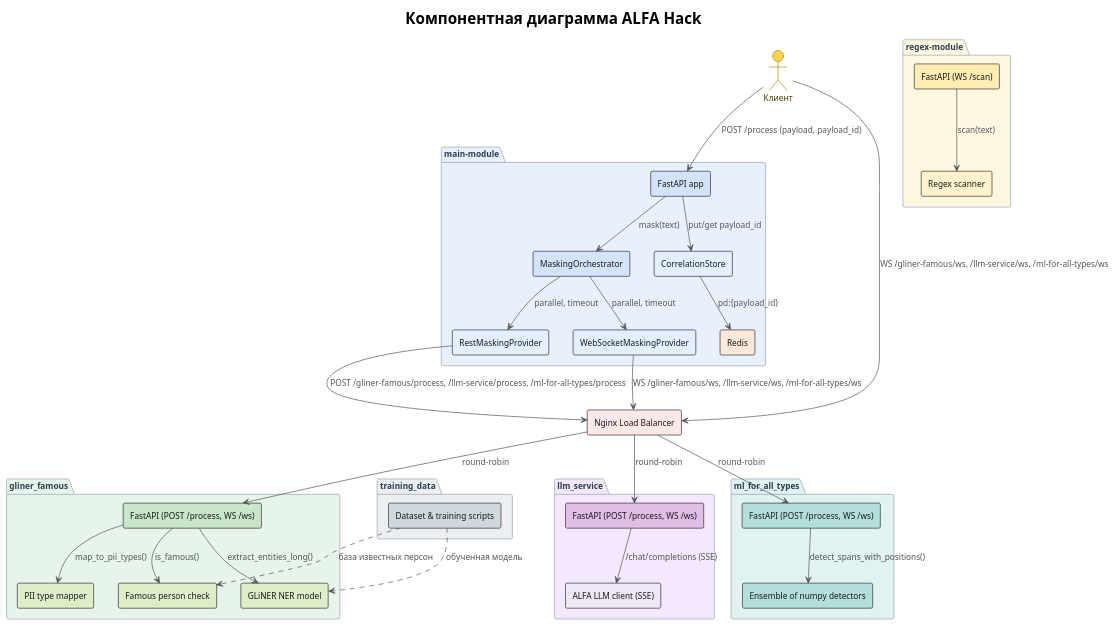
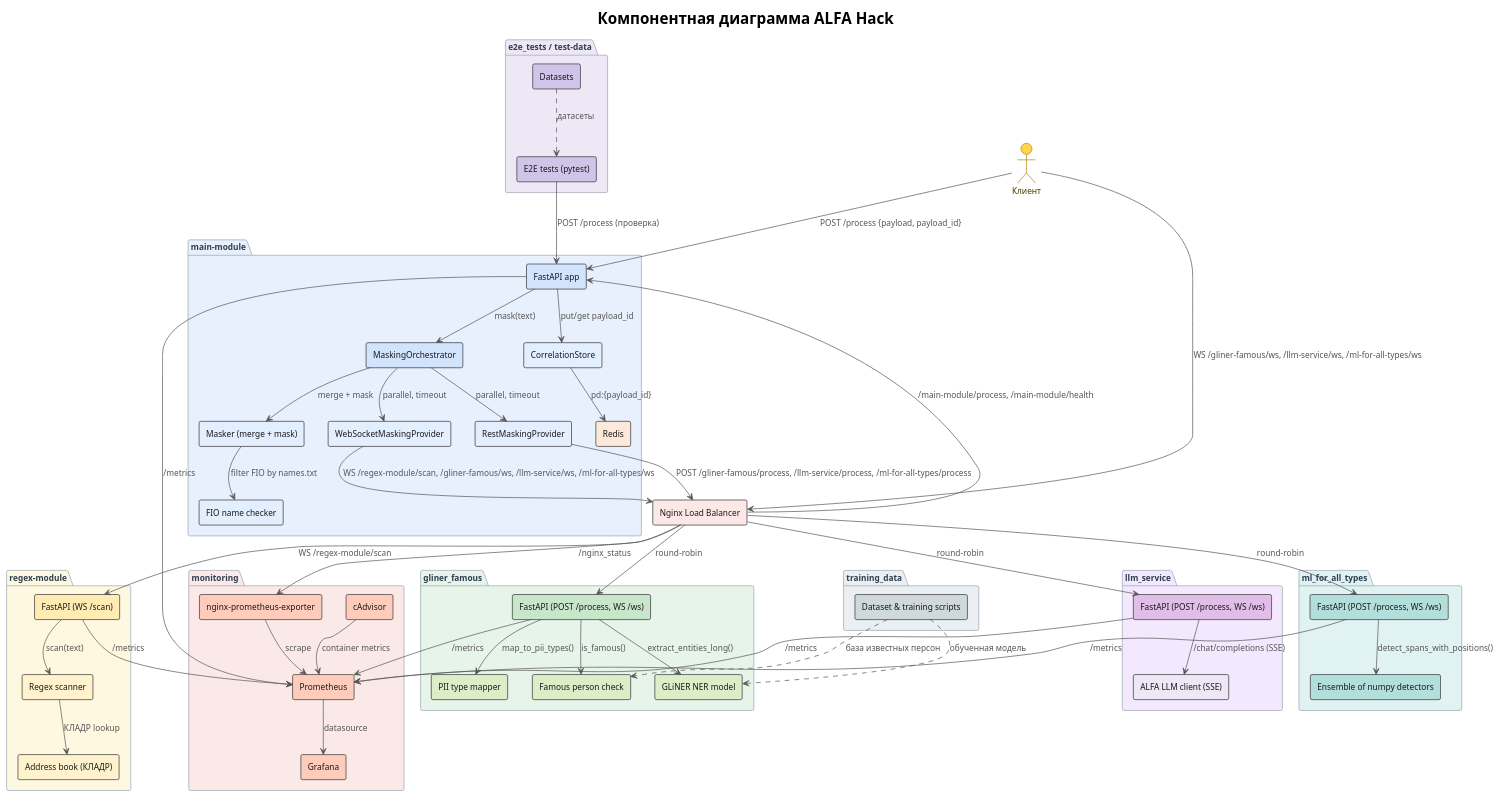
The diagram in docs/component.puml (FightingFox/alfa_hack), drawn with PlantUML before and after one commit. The commit also changed 45 other files, not shown here.

```diff
--- a/docs/component.puml
+++ b/docs/component.puml
@@ -1,104 +1,139 @@
 @startuml component
 !theme plain
 title Компонентная диаграмма ALFA Hack
 
 skinparam componentStyle rectangle
 skinparam shadowing false
 skinparam defaultFontName "Helvetica"
 skinparam defaultFontSize 12
 skinparam component {
     BackgroundColor #FFFFFF
     BorderColor #333333
     FontColor #1A1A1A
     ArrowColor #555555
 }
 skinparam actor {
     BackgroundColor #FFD54F
     BorderColor #B8860B
     FontColor #4A3B00
 }
 skinparam package {
     BackgroundColor #F5F7FA
     BorderColor #9AA5B1
     FontColor #2C3E50
 }
 skinparam arrow {
     Color #555555
     FontColor #555555
 }
 
 ' ===== Внешние акторы =====
 actor "Клиент" as Client
 
 ' ===== main-module =====
 package "main-module" #E8F0FE {
     component "FastAPI app" as MainApp #D2E3FC
     component "MaskingOrchestrator" as Orchestrator #D2E3FC
     component "RestMaskingProvider" as RestProvider #E3EEFF
     component "WebSocketMaskingProvider" as WsProvider #E3EEFF
+    component "Masker (merge + mask)" as Masker #E3EEFF
+    component "FIO name checker" as NameCheck #E3EEFF
     component "CorrelationStore" as Store #E3EEFF
     component "Redis" as Redis #FDE9D9
 }
 
 ' ===== load_balanser =====
 component "Nginx Load Balancer" as LB #FCE8E6
+
+' ===== regex-module =====
+package "regex-module" #FFF8E1 {
+    component "FastAPI (WS /scan)" as RegexApi #FFECB3
+    component "Regex scanner" as RegexScan #FFF3CD
+    component "Address book (КЛАДР)" as AddressBook #FFF3CD
+}
 
 ' ===== gliner_famous =====
 package "gliner_famous" #E6F4EA {
     component "FastAPI (POST /process, WS /ws)" as GlinerApi #C8E6C9
     component "GLiNER NER model" as GlinerModel #DCEDC8
     component "PII type mapper" as PiiMapper #DCEDC8
     component "Famous person check" as FamousCheck #DCEDC8
 }
 
 ' ===== llm_service =====
 package "llm_service" #F3E8FD {
     component "FastAPI (POST /process, WS /ws)" as LlmApi #E1BEE7
     component "ALFA LLM client (SSE)" as LlmClient #EDE7F6
 }
 
 ' ===== ml_for_all_types =====
 package "ml_for_all_types" #E0F2F1 {
     component "FastAPI (POST /process, WS /ws)" as MlApi #B2DFDB
     component "Ensemble of numpy detectors" as MlEnsemble #B2DFDB
 }
 
-' ===== regex-module =====
-package "regex-module" #FFF8E1 {
-    component "FastAPI (WS /scan)" as RegexApi #FFECB3
-    component "Regex scanner" as RegexScan #FFF3CD
+' ===== monitoring =====
+package "monitoring" #FBE9E7 {
+    component "Prometheus" as Prom #FFCCBC
+    component "Grafana" as Grafana #FFCCBC
+    component "cAdvisor" as Cadvisor #FFCCBC
+    component "nginx-prometheus-exporter" as NginxExp #FFCCBC
 }
 
 ' ===== training_data =====
 package "training_data" #ECEFF1 {
     component "Dataset & training scripts" as Training #CFD8DC
 }
 
+' ===== e2e_tests / test-data =====
+package "e2e_tests / test-data" #EDE7F6 {
+    component "E2E tests (pytest)" as E2E #D1C4E9
+    component "Datasets" as TestData #D1C4E9
+}
+
 ' ===== Связи =====
-Client --> MainApp : POST /process (payload, payload_id)
+Client --> MainApp : POST /process {payload, payload_id}
 Client --> LB : WS /gliner-famous/ws, /llm-service/ws, /ml-for-all-types/ws
 
 MainApp --> Orchestrator : mask(text)
 Orchestrator --> RestProvider : parallel, timeout
 Orchestrator --> WsProvider : parallel, timeout
 RestProvider --> LB : POST /gliner-famous/process, /llm-service/process, /ml-for-all-types/process
-WsProvider --> LB : WS /gliner-famous/ws, /llm-service/ws, /ml-for-all-types/ws
+WsProvider --> LB : WS /regex-module/scan, /gliner-famous/ws, /llm-service/ws, /ml-for-all-types/ws
+Orchestrator --> Masker : merge + mask
+Masker --> NameCheck : filter FIO by names.txt
 MainApp --> Store : put/get payload_id
 Store --> Redis : pd:{payload_id}
 
+LB --> RegexApi : WS /regex-module/scan
 LB --> GlinerApi : round-robin
 LB --> LlmApi : round-robin
 LB --> MlApi : round-robin
+LB --> MainApp : /main-module/process, /main-module/health
 
+RegexApi --> RegexScan : scan(text)
+RegexScan --> AddressBook : КЛАДР lookup
 GlinerApi --> GlinerModel : extract_entities_long()
 GlinerApi --> PiiMapper : map_to_pii_types()
 GlinerApi --> FamousCheck : is_famous()
 LlmApi --> LlmClient : /chat/completions (SSE)
 MlApi --> MlEnsemble : detect_spans_with_positions()
 
-RegexApi --> RegexScan : scan(text)
+' ===== Мониторинг =====
+MainApp --> Prom : /metrics
+RegexApi --> Prom : /metrics
+GlinerApi --> Prom : /metrics
+LlmApi --> Prom : /metrics
+MlApi --> Prom : /metrics
+LB --> NginxExp : /nginx_status
+NginxExp --> Prom : scrape
+Cadvisor --> Prom : container metrics
+Prom --> Grafana : datasource
 
+' ===== Данные и тесты =====
 Training ..> GlinerModel : обученная модель
 Training ..> FamousCheck : база известных персон
+TestData ..> E2E : датасеты
+E2E --> MainApp : POST /process (проверка)
 
 @enduml
```
